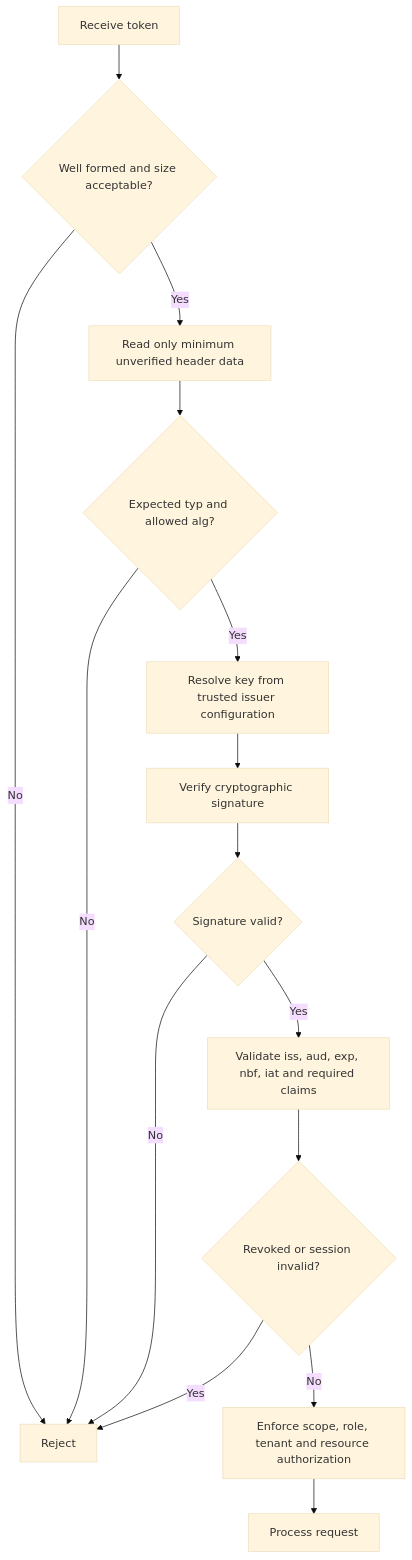
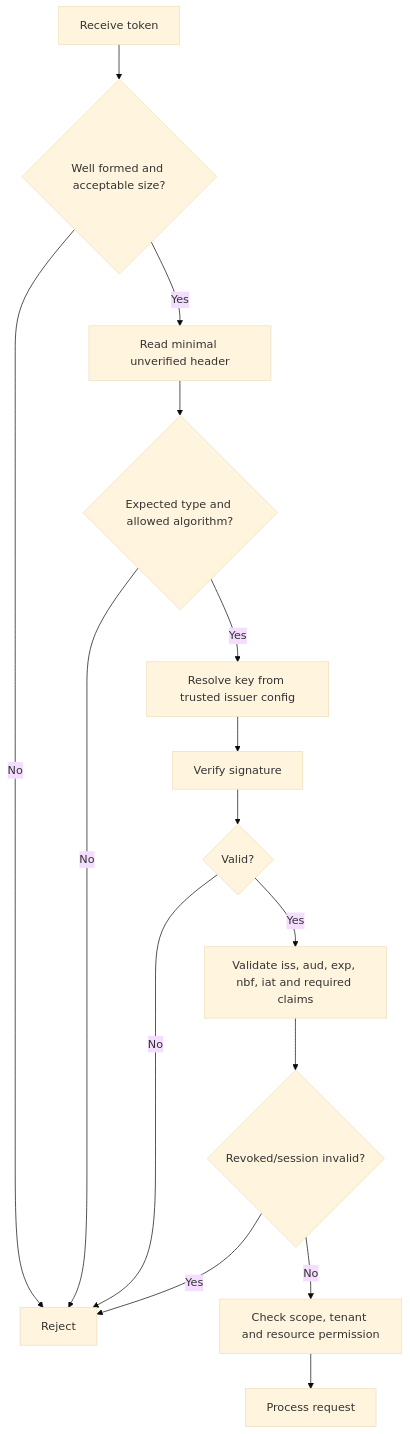
One commit to AvadhBhalodiya/Interview-Preparation changed the sixth of 6 diagrams in src/content/security/jwt-pitfalls.md. Above: the diagram before and after it, drawn with Mermaid (base theme). The commit also changed other lines of this file and 54 other files, not shown here.

````diff
--- a/src/content/security/jwt-pitfalls.md
+++ b/src/content/security/jwt-pitfalls.md
@@ -794,17 +554,17 @@
 ```mermaid
 flowchart TD
-    A[Receive token] --> B{Well formed and size acceptable?}
+    A[Receive token] --> B{Well formed and acceptable size?}
     B -- No --> X[Reject]
-    B -- Yes --> C[Read only minimum unverified header data]
-    C --> D{Expected typ and allowed alg?}
+    B -- Yes --> C[Read minimal unverified header]
+    C --> D{Expected type and allowed algorithm?}
     D -- No --> X
-    D -- Yes --> E[Resolve key from trusted issuer configuration]
-    E --> F[Verify cryptographic signature]
-    F --> G{Signature valid?}
+    D -- Yes --> E[Resolve key from trusted issuer config]
+    E --> F[Verify signature]
+    F --> G{Valid?}
     G -- No --> X
     G -- Yes --> H[Validate iss, aud, exp, nbf, iat and required claims]
-    H --> I{Revoked or session invalid?}
+    H --> I{Revoked/session invalid?}
     I -- Yes --> X
-    I -- No --> J[Enforce scope, role, tenant and resource authorization]
+    I -- No --> J[Check scope, tenant and resource permission]
     J --> K[Process request]
 ```
````
